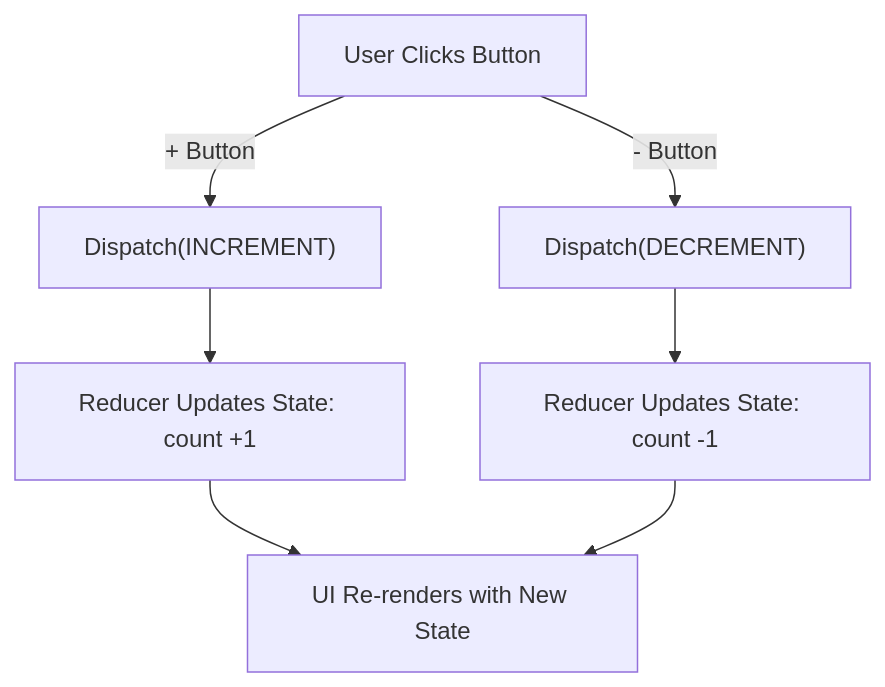
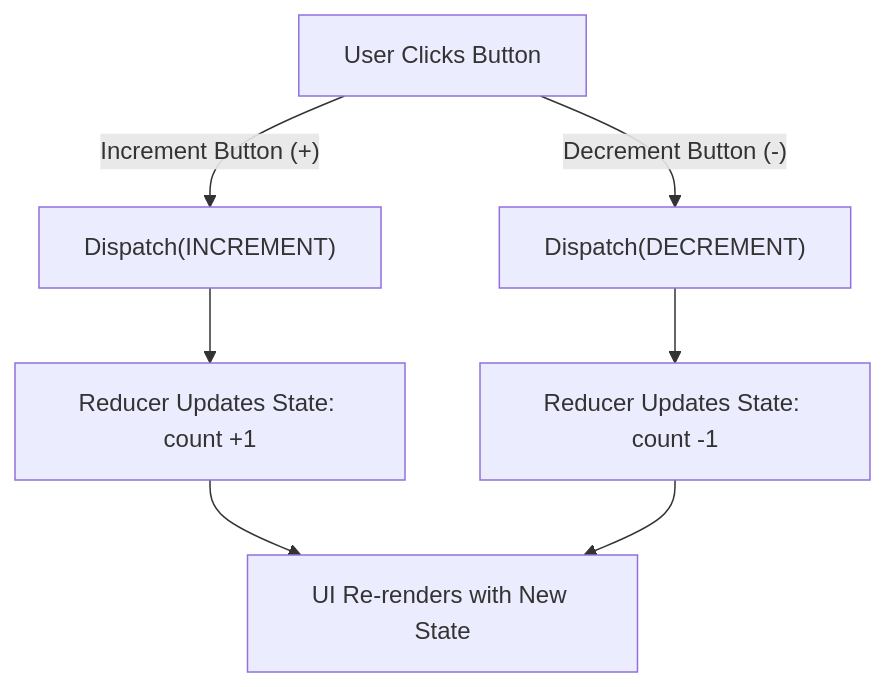
One commit to aneeshram-01/react-hooks changed the diagram in usereducer-hook/README.md. Above: the diagram before and after it, drawn with Mermaid.

Commit message:
Updated useReducer README.md
Flowchart fixed

````diff
--- a/usereducer-hook/README.md
+++ b/usereducer-hook/README.md
@@ -38,11 +38,11 @@
 ```mermaid
 graph TD;
-  User["User Clicks Button"] -->|"+ Button"| DispatchIncrement["Dispatch(INCREMENT)"];
-  User -->|"- Button"| DispatchDecrement["Dispatch(DECREMENT)"];
+  User["User Clicks Button"] -->|"Increment Button (+)"| DispatchIncrement["Dispatch(INCREMENT)"];
+  User -->|"Decrement Button (-)"| DispatchDecrement["Dispatch(DECREMENT)"];
   
   DispatchIncrement --> ReducerIncrement["Reducer Updates State: count +1"];
   DispatchDecrement --> ReducerDecrement["Reducer Updates State: count -1"];
   
   ReducerIncrement --> UpdateUI["UI Re-renders with New State"];
   ReducerDecrement --> UpdateUI;
 ```
````
